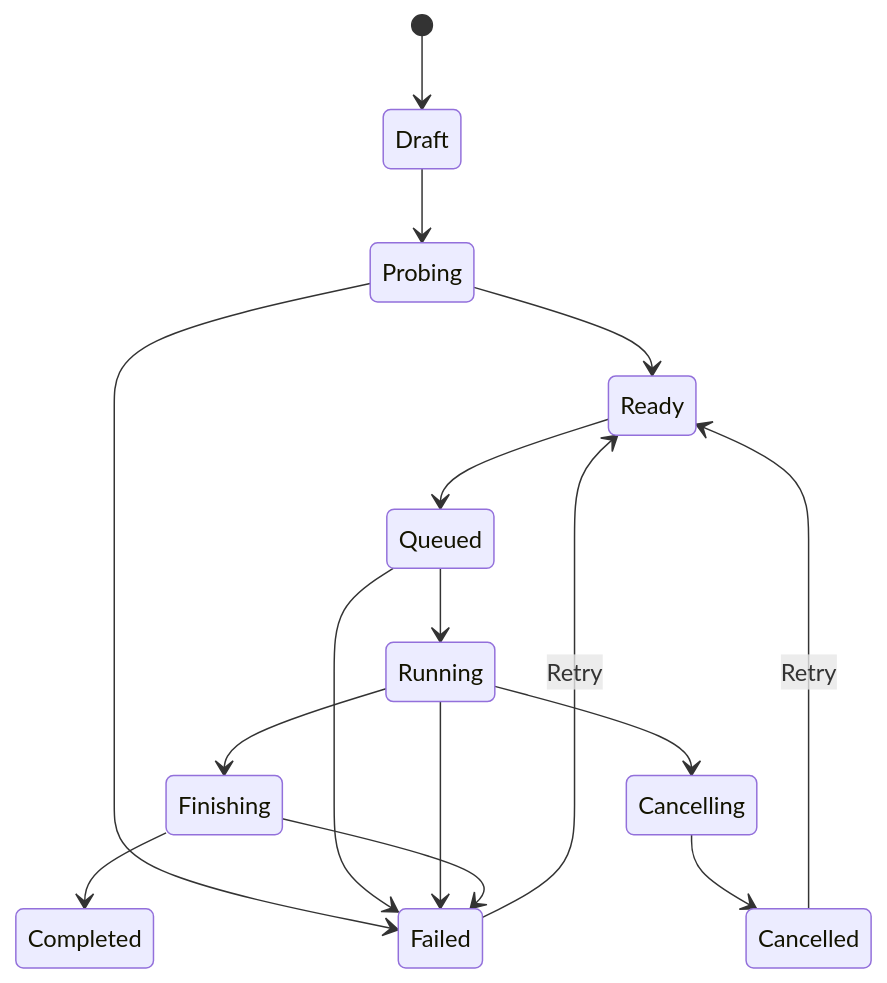
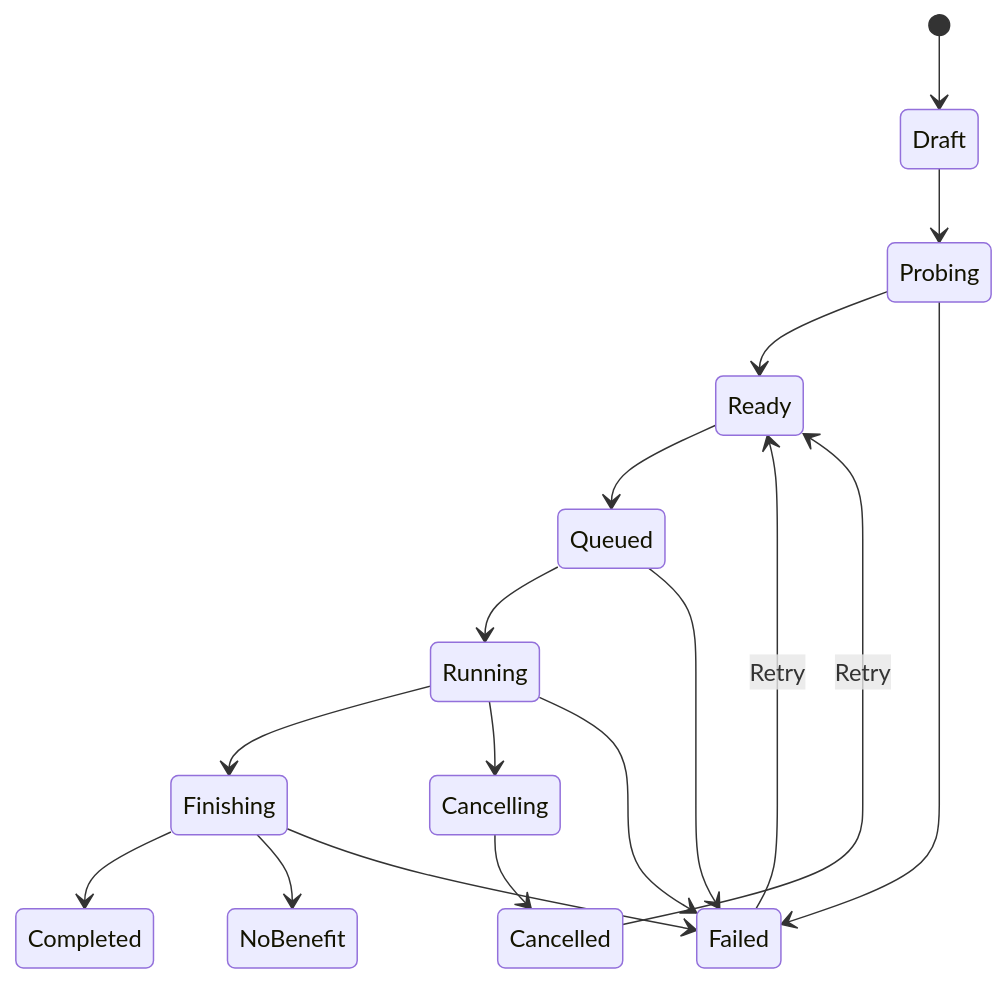
The diagram in PLAN.md (westik86-sys/Resizer), drawn with Mermaid before and after one commit. The commit also changed other lines of this file, not shown here.

````diff
--- a/PLAN.md
+++ b/PLAN.md
@@ -211,21 +257,22 @@
 ```mermaid
 stateDiagram-v2
     [*] --> Draft
     Draft --> Probing
     Probing --> Ready
     Ready --> Queued
     Queued --> Running
     Running --> Finishing
     Finishing --> Completed
+    Finishing --> NoBenefit
 
     Running --> Cancelling
     Cancelling --> Cancelled
 
     Probing --> Failed
     Queued --> Failed
     Running --> Failed
     Finishing --> Failed
 
     Failed --> Ready: Retry
     Cancelled --> Ready: Retry
 ```
````
